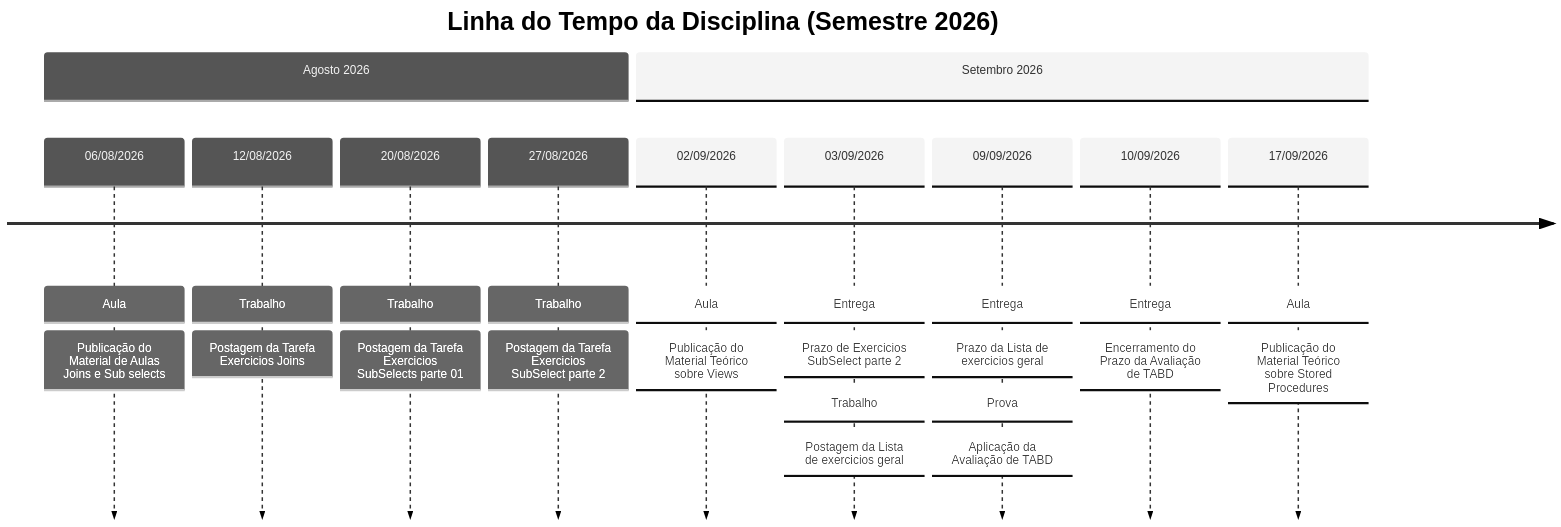
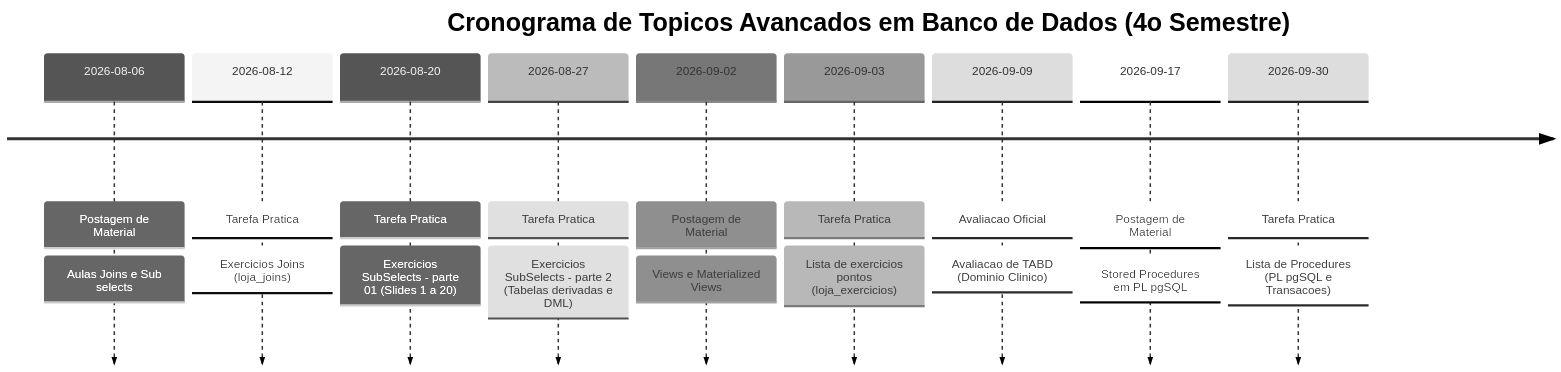
Diagram 11 of 11 in 4º Semestre/[Prof. Welington Garcia] Tópicos Avançados em Banco de Dados/Resumos-IA/Caderno-Consolidado.md (murilolol/unifef), drawn with Mermaid (neutral theme) before and after one commit. The commit also changed other lines of this file and 18 other files, not shown here.

````diff
--- a/4º Semestre/[Prof. Welington Garcia] Tópicos Avançados em Banco de Dados/Resumos-IA/Caderno-Consolidado.md
+++ b/4º Semestre/[Prof. Welington Garcia] Tópicos Avançados em Banco de Dados/Resumos-IA/Caderno-Consolidado.md
@@ -1114,17 +1319,13 @@
 ```mermaid
 timeline
-    title Linha do Tempo da Disciplina (Semestre 2026)
-    section Agosto 2026
-        06/08/2026 : Aula : Publicação do Material de Aulas Joins e Sub selects
-        12/08/2026 : Trabalho : Postagem da Tarefa Exercicios Joins
-        20/08/2026 : Trabalho : Postagem da Tarefa Exercicios SubSelects parte 01
-        27/08/2026 : Trabalho : Postagem da Tarefa Exercicios SubSelect parte 2
-    section Setembro 2026
-        02/09/2026 : Aula : Publicação do Material Teórico sobre Views
-        03/09/2026 : Entrega : Prazo de Exercicios SubSelect parte 2
-                   : Trabalho : Postagem da Lista de exercicios geral
-        09/09/2026 : Entrega : Prazo da Lista de exercicios geral
-                   : Prova : Aplicação da Avaliação de TABD
-        10/09/2026 : Entrega : Encerramento do Prazo da Avaliação de TABD
-        17/09/2026 : Aula : Publicação do Material Teórico sobre Stored Procedures
+    title Cronograma de Topicos Avancados em Banco de Dados (4o Semestre)
+    2026-08-06 : Postagem de Material : Aulas Joins e Sub selects
+    2026-08-12 : Tarefa Pratica : Exercicios Joins (loja_joins)
+    2026-08-20 : Tarefa Pratica : Exercicios SubSelects - parte 01 (Slides 1 a 20)
+    2026-08-27 : Tarefa Pratica : Exercicios SubSelects - parte 2 (Tabelas derivadas e DML)
+    2026-09-02 : Postagem de Material : Views e Materialized Views
+    2026-09-03 : Tarefa Pratica : Lista de exercicios pontos (loja_exercicios)
+    2026-09-09 : Avaliacao Oficial : Avaliacao de TABD (Dominio Clinico)
+    2026-09-17 : Postagem de Material : Stored Procedures em PL pgSQL
+    2026-09-30 : Tarefa Pratica : Lista de Procedures (PL pgSQL e Transacoes)
 ```
````
